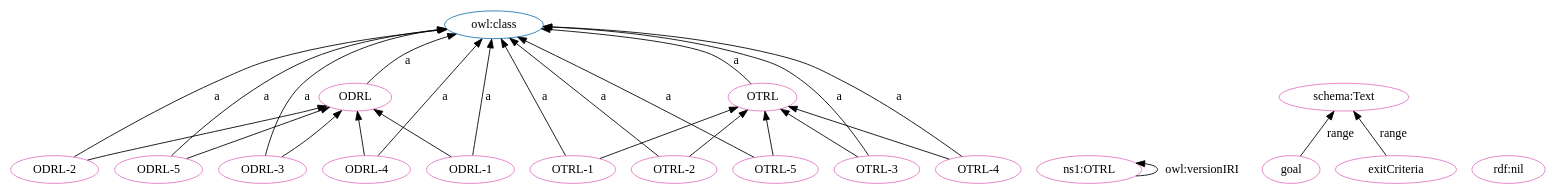
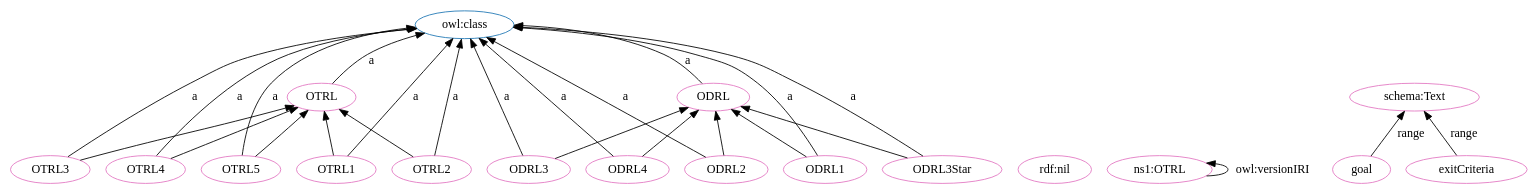
One commit to OPEN-NEXT/OKH-LOSH changed the diagram in OTRL-clean.dot. Above: the diagram before and after it, drawn with Graphviz. The commit also changed 17 other files, not shown here.

```diff
--- a/OTRL-clean.dot
+++ b/OTRL-clean.dot
@@ -1,49 +1,49 @@
 digraph G {
   rankdir=BT
   node[height=.3]
+"http://www.w3.org/2002/07/owl#class" [fillcolor="#1f77b4" color="#1f77b4" label="owl:class"]
+"http://purl.org/oseg/ontologies/OTRL#OTRL" [fillcolor="#1f77b4" color="#1f77b4" label="OTRL"]
 "http://purl.org/oseg/ontologies/OTRL#ODRL" [fillcolor="#1f77b4" color="#1f77b4" label="ODRL"]
-"http://purl.org/oseg/ontologies/OTRL#OTRL" [fillcolor="#1f77b4" color="#1f77b4" label="OTRL"]
-"http://www.w3.org/2002/07/owl#class" [fillcolor="#1f77b4" color="#1f77b4" label="owl:class"]
-"http://purl.org/oseg/ontologies/OTRL#OTRL-2" [fillcolor="#e377c2" color="#e377c2" label="OTRL-2"]
-"http://purl.org/oseg/ontologies/OTRL#ODRL-5" [fillcolor="#e377c2" color="#e377c2" label="ODRL-5"]
-"http://purl.org/oseg/ontologies/OTRL#OTRL-1" [fillcolor="#e377c2" color="#e377c2" label="OTRL-1"]
+"http://purl.org/oseg/ontologies/OTRL#OTRL" [fillcolor="#e377c2" color="#e377c2" label="OTRL"]
+"http://purl.org/oseg/ontologies/OTRL#ODRL" [fillcolor="#e377c2" color="#e377c2" label="ODRL"]
+"http://purl.org/oseg/ontologies/OTRL#OTRL4" [fillcolor="#e377c2" color="#e377c2" label="OTRL4"]
+"http://www.w3.org/1999/02/22-rdf-syntax-ns#nil" [fillcolor="#e377c2" color="#e377c2" label="rdf:nil"]
+"http://purl.org/oseg/ontologies/OTRL#ODRL4" [fillcolor="#e377c2" color="#e377c2" label="ODRL4"]
 "http://purl.org/oseg/ontologies/OTRL" [fillcolor="#e377c2" color="#e377c2" label="ns1:OTRL"]
+"http://purl.org/oseg/ontologies/OTRL#ODRL3" [fillcolor="#e377c2" color="#e377c2" label="ODRL3"]
 "http://purl.org/oseg/ontologies/OTRL#goal" [fillcolor="#e377c2" color="#e377c2" label="goal"]
+"http://purl.org/oseg/ontologies/OTRL#OTRL3" [fillcolor="#e377c2" color="#e377c2" label="OTRL3"]
+"http://purl.org/oseg/ontologies/OTRL#ODRL2" [fillcolor="#e377c2" color="#e377c2" label="ODRL2"]
+"http://purl.org/oseg/ontologies/OTRL#ODRL3Star" [fillcolor="#e377c2" color="#e377c2" label="ODRL3Star"]
+"http://purl.org/oseg/ontologies/OTRL#exitCriteria" [fillcolor="#e377c2" color="#e377c2" label="exitCriteria"]
+"http://purl.org/oseg/ontologies/OTRL#OTRL5" [fillcolor="#e377c2" color="#e377c2" label="OTRL5"]
 "http://schema.org/Text" [fillcolor="#e377c2" color="#e377c2" label="schema:Text"]
-"http://purl.org/oseg/ontologies/OTRL#ODRL-2" [fillcolor="#e377c2" color="#e377c2" label="ODRL-2"]
-"http://purl.org/oseg/ontologies/OTRL#ODRL-3" [fillcolor="#e377c2" color="#e377c2" label="ODRL-3"]
-"http://purl.org/oseg/ontologies/OTRL#ODRL" [fillcolor="#e377c2" color="#e377c2" label="ODRL"]
-"http://purl.org/oseg/ontologies/OTRL#ODRL-1" [fillcolor="#e377c2" color="#e377c2" label="ODRL-1"]
-"http://www.w3.org/1999/02/22-rdf-syntax-ns#nil" [fillcolor="#e377c2" color="#e377c2" label="rdf:nil"]
-"http://purl.org/oseg/ontologies/OTRL#OTRL" [fillcolor="#e377c2" color="#e377c2" label="OTRL"]
-"http://purl.org/oseg/ontologies/OTRL#exitCriteria" [fillcolor="#e377c2" color="#e377c2" label="exitCriteria"]
-"http://purl.org/oseg/ontologies/OTRL#OTRL-5" [fillcolor="#e377c2" color="#e377c2" label="OTRL-5"]
-"http://purl.org/oseg/ontologies/OTRL#OTRL-4" [fillcolor="#e377c2" color="#e377c2" label="OTRL-4"]
-"http://purl.org/oseg/ontologies/OTRL#ODRL-4" [fillcolor="#e377c2" color="#e377c2" label="ODRL-4"]
-"http://purl.org/oseg/ontologies/OTRL#OTRL-3" [fillcolor="#e377c2" color="#e377c2" label="OTRL-3"]
-  "http://purl.org/oseg/ontologies/OTRL#OTRL-1" -> "http://www.w3.org/2002/07/owl#class" [label="a"]
-  "http://purl.org/oseg/ontologies/OTRL#ODRL-3" -> "http://www.w3.org/2002/07/owl#class" [label="a"]
-  "http://purl.org/oseg/ontologies/OTRL#ODRL-2" -> "http://purl.org/oseg/ontologies/OTRL#ODRL" [label=""]
-  "http://purl.org/oseg/ontologies/OTRL#OTRL-5" -> "http://www.w3.org/2002/07/owl#class" [label="a"]
+"http://purl.org/oseg/ontologies/OTRL#OTRL2" [fillcolor="#e377c2" color="#e377c2" label="OTRL2"]
+"http://purl.org/oseg/ontologies/OTRL#ODRL1" [fillcolor="#e377c2" color="#e377c2" label="ODRL1"]
+"http://purl.org/oseg/ontologies/OTRL#OTRL1" [fillcolor="#e377c2" color="#e377c2" label="OTRL1"]
+  "http://purl.org/oseg/ontologies/OTRL#OTRL3" -> "http://purl.org/oseg/ontologies/OTRL#OTRL" [label=""]
+  "http://purl.org/oseg/ontologies/OTRL#OTRL4" -> "http://purl.org/oseg/ontologies/OTRL#OTRL" [label=""]
+  "http://purl.org/oseg/ontologies/OTRL#OTRL4" -> "http://www.w3.org/2002/07/owl#class" [label="a"]
+  "http://purl.org/oseg/ontologies/OTRL#ODRL3" -> "http://www.w3.org/2002/07/owl#class" [label="a"]
+  "http://purl.org/oseg/ontologies/OTRL#ODRL4" -> "http://purl.org/oseg/ontologies/OTRL#ODRL" [label=""]
+  "http://purl.org/oseg/ontologies/OTRL#ODRL3Star" -> "http://www.w3.org/2002/07/owl#class" [label="a"]
+  "http://purl.org/oseg/ontologies/OTRL#OTRL" -> "http://www.w3.org/2002/07/owl#class" [label="a"]
+  "http://purl.org/oseg/ontologies/OTRL#ODRL2" -> "http://purl.org/oseg/ontologies/OTRL#ODRL" [label=""]
+  "http://purl.org/oseg/ontologies/OTRL#OTRL5" -> "http://purl.org/oseg/ontologies/OTRL#OTRL" [label=""]
   "http://purl.org/oseg/ontologies/OTRL#ODRL" -> "http://www.w3.org/2002/07/owl#class" [label="a"]
-  "http://purl.org/oseg/ontologies/OTRL#ODRL-5" -> "http://purl.org/oseg/ontologies/OTRL#ODRL" [label=""]
-  "http://purl.org/oseg/ontologies/OTRL#OTRL-4" -> "http://www.w3.org/2002/07/owl#class" [label="a"]
-  "http://purl.org/oseg/ontologies/OTRL#OTRL-5" -> "http://purl.org/oseg/ontologies/OTRL#OTRL" [label=""]
-  "http://purl.org/oseg/ontologies/OTRL#OTRL-3" -> "http://purl.org/oseg/ontologies/OTRL#OTRL" [label=""]
-  "http://purl.org/oseg/ontologies/OTRL#OTRL-1" -> "http://purl.org/oseg/ontologies/OTRL#OTRL" [label=""]
-  "http://purl.org/oseg/ontologies/OTRL#ODRL-1" -> "http://purl.org/oseg/ontologies/OTRL#ODRL" [label=""]
-  "http://purl.org/oseg/ontologies/OTRL#ODRL-4" -> "http://purl.org/oseg/ontologies/OTRL#ODRL" [label=""]
-  "http://purl.org/oseg/ontologies/OTRL#ODRL-5" -> "http://www.w3.org/2002/07/owl#class" [label="a"]
-  "http://purl.org/oseg/ontologies/OTRL#OTRL-2" -> "http://www.w3.org/2002/07/owl#class" [label="a"]
+  "http://purl.org/oseg/ontologies/OTRL#OTRL2" -> "http://www.w3.org/2002/07/owl#class" [label="a"]
+  "http://purl.org/oseg/ontologies/OTRL#OTRL1" -> "http://www.w3.org/2002/07/owl#class" [label="a"]
   "http://purl.org/oseg/ontologies/OTRL#goal" -> "http://schema.org/Text" [label="range"]
-  "http://purl.org/oseg/ontologies/OTRL#ODRL-2" -> "http://www.w3.org/2002/07/owl#class" [label="a"]
-  "http://purl.org/oseg/ontologies/OTRL#ODRL-1" -> "http://www.w3.org/2002/07/owl#class" [label="a"]
-  "http://purl.org/oseg/ontologies/OTRL#OTRL-2" -> "http://purl.org/oseg/ontologies/OTRL#OTRL" [label=""]
+  "http://purl.org/oseg/ontologies/OTRL#ODRL3" -> "http://purl.org/oseg/ontologies/OTRL#ODRL" [label=""]
+  "http://purl.org/oseg/ontologies/OTRL#ODRL4" -> "http://www.w3.org/2002/07/owl#class" [label="a"]
+  "http://purl.org/oseg/ontologies/OTRL#ODRL1" -> "http://purl.org/oseg/ontologies/OTRL#ODRL" [label=""]
+  "http://purl.org/oseg/ontologies/OTRL#OTRL3" -> "http://www.w3.org/2002/07/owl#class" [label="a"]
+  "http://purl.org/oseg/ontologies/OTRL#ODRL2" -> "http://www.w3.org/2002/07/owl#class" [label="a"]
+  "http://purl.org/oseg/ontologies/OTRL#OTRL1" -> "http://purl.org/oseg/ontologies/OTRL#OTRL" [label=""]
+  "http://purl.org/oseg/ontologies/OTRL" -> "http://purl.org/oseg/ontologies/OTRL" [label="owl:versionIRI"]
+  "http://purl.org/oseg/ontologies/OTRL#OTRL5" -> "http://www.w3.org/2002/07/owl#class" [label="a"]
+  "http://purl.org/oseg/ontologies/OTRL#ODRL3Star" -> "http://purl.org/oseg/ontologies/OTRL#ODRL" [label=""]
   "http://purl.org/oseg/ontologies/OTRL#exitCriteria" -> "http://schema.org/Text" [label="range"]
-  "http://purl.org/oseg/ontologies/OTRL#OTRL-4" -> "http://purl.org/oseg/ontologies/OTRL#OTRL" [label=""]
-  "http://purl.org/oseg/ontologies/OTRL" -> "http://purl.org/oseg/ontologies/OTRL" [label="owl:versionIRI"]
-  "http://purl.org/oseg/ontologies/OTRL#ODRL-3" -> "http://purl.org/oseg/ontologies/OTRL#ODRL" [label=""]
-  "http://purl.org/oseg/ontologies/OTRL#ODRL-4" -> "http://www.w3.org/2002/07/owl#class" [label="a"]
-  "http://purl.org/oseg/ontologies/OTRL#OTRL" -> "http://www.w3.org/2002/07/owl#class" [label="a"]
-  "http://purl.org/oseg/ontologies/OTRL#OTRL-3" -> "http://www.w3.org/2002/07/owl#class" [label="a"]
+  "http://purl.org/oseg/ontologies/OTRL#ODRL1" -> "http://www.w3.org/2002/07/owl#class" [label="a"]
+  "http://purl.org/oseg/ontologies/OTRL#OTRL2" -> "http://purl.org/oseg/ontologies/OTRL#OTRL" [label=""]
 }
```
